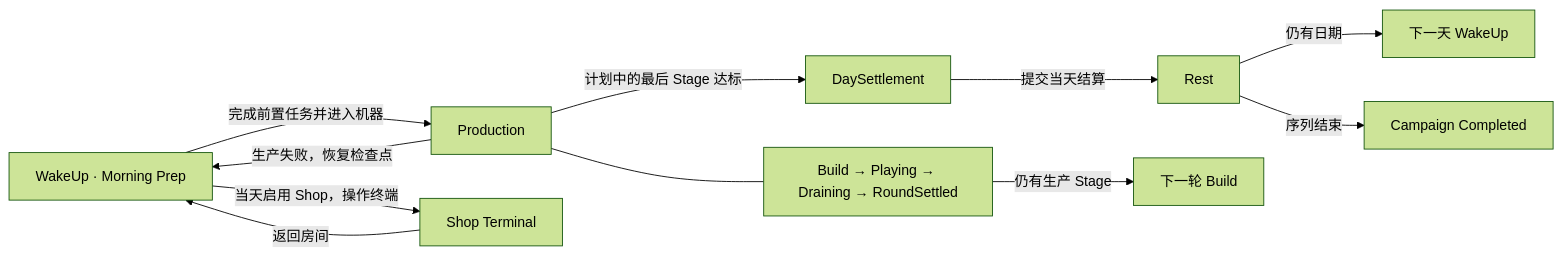
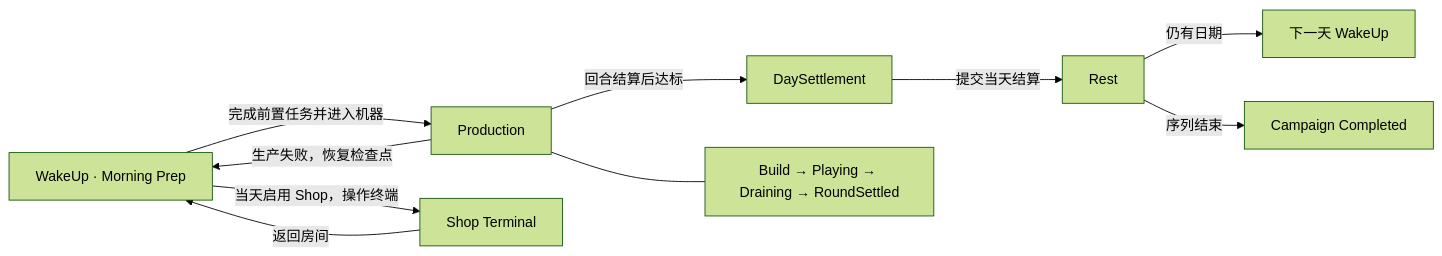
One commit to Baoste/MarbleRoguelikeGame changed the diagram in Assets/Docs/DayFramework_Architecture.md. Above: the diagram before and after it, drawn with Mermaid (forest theme). The commit also changed other lines of this file and 66 other files, not shown here.

````diff
--- a/Assets/Docs/DayFramework_Architecture.md
+++ b/Assets/Docs/DayFramework_Architecture.md
@@ -5,13 +5,12 @@
 ```mermaid
 flowchart LR
     W["WakeUp · Morning Prep"] -->|"完成前置任务并进入机器"| P["Production"]
     W -->|"当天启用 Shop，操作终端"| H["Shop Terminal"]
     H -->|"返回房间"| W
-    P -->|"计划中的最后 Stage 达标"| S["DaySettlement"]
+    P -->|"回合结算后达标"| S["DaySettlement"]
     S -->|"提交当天结算"| R["Rest"]
     R -->|"仍有日期"| N["下一天 WakeUp"]
     R -->|"序列结束"| C["Campaign Completed"]
     P -->|"生产失败，恢复检查点"| W
     P --- Q["Build → Playing → Draining → RoundSettled"]
-    Q -->|"仍有生产 Stage"| B["下一轮 Build"]
 ```
````
